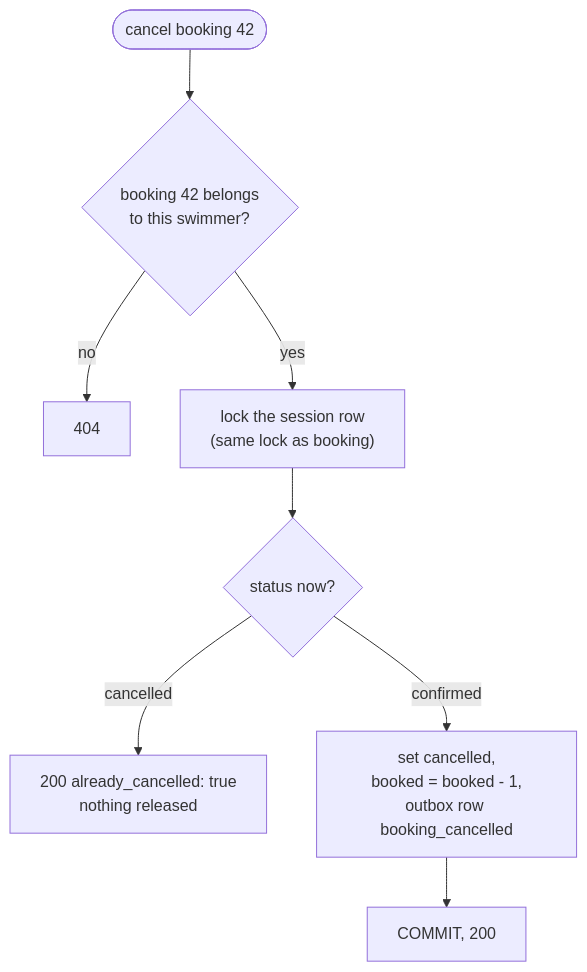
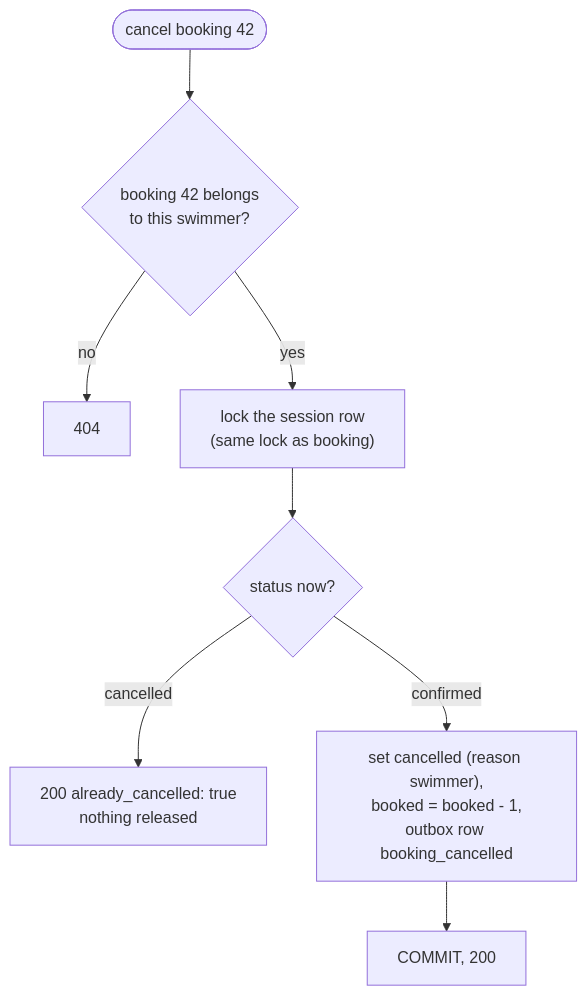
One commit to ashutosharma2/SwimSync changed the eighth of 19 diagrams in docs/architecture.md. Above: the diagram before and after it, drawn with Mermaid. The commit also changed other lines of this file and 1 other file, not shown here.

First line of the commit message:
Docs: operator capacity changes in the README and a new architecture section; drill B and the frontend drawn as built

````diff
--- a/docs/architecture.md
+++ b/docs/architecture.md
@@ -232,10 +252,10 @@
 ```mermaid
 flowchart TD
     Start(["cancel booking 42"]) --> Find{"booking 42 belongs<br/>to this swimmer?"}
     Find -- no --> NotFound["404"]
     Find -- yes --> Lock["lock the session row<br/>(same lock as booking)"]
     Lock --> Status{"status now?"}
     Status -- cancelled --> Already["200 already_cancelled: true<br/>nothing released"]
-    Status -- confirmed --> Release["set cancelled,<br/>booked = booked - 1,<br/>outbox row booking_cancelled"]
+    Status -- confirmed --> Release["set cancelled (reason swimmer),<br/>booked = booked - 1,<br/>outbox row booking_cancelled"]
     Release --> Commit["COMMIT, 200"]
 ```
````
